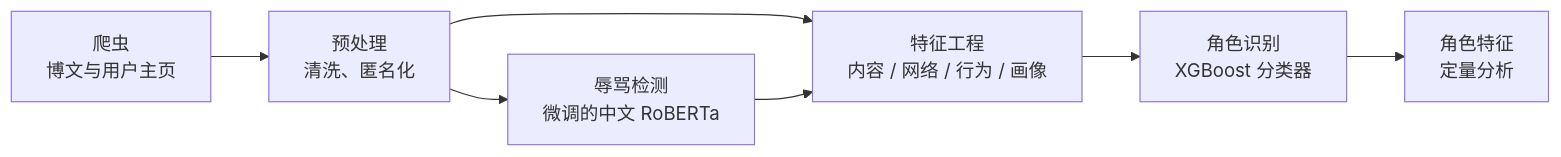
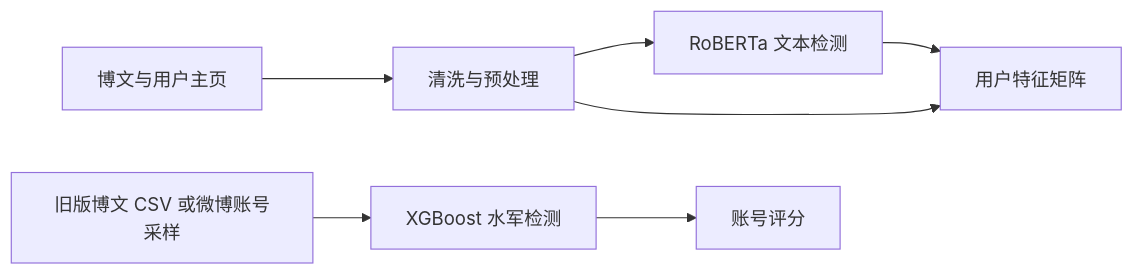
The diagram in README_zh.md (JIANGHY59/disruptive-user-roles), drawn with Mermaid before and after one commit. The commit also changed other lines of this file and 4 other files, not shown here.

````diff
--- a/README_zh.md
+++ b/README_zh.md
@@ -13,9 +15,8 @@
 ```mermaid
 flowchart LR
-    A[爬虫<br/>博文与用户主页] --> B[预处理<br/>清洗、匿名化]
-    B --> C[辱骂检测<br/>微调的中文 RoBERTa]
-    B --> D[特征工程<br/>内容 / 网络 / 行为 / 画像]
+    A[博文与用户主页] --> B[清洗与预处理]
+    B --> C[RoBERTa 文本检测]
+    B --> D[用户特征矩阵]
     C --> D
-    D --> E[角色识别<br/>XGBoost 分类器]
-    E --> F[角色特征<br/>定量分析]
+    G[旧版博文 CSV 或微博账号采样] --> E[XGBoost 水军检测] --> F[账号评分]
 ```
````
